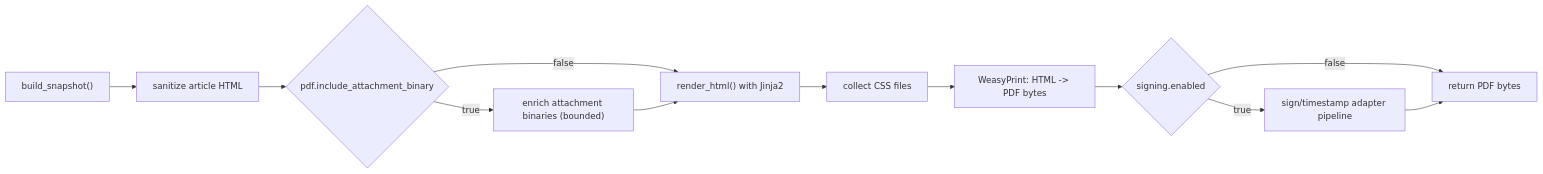
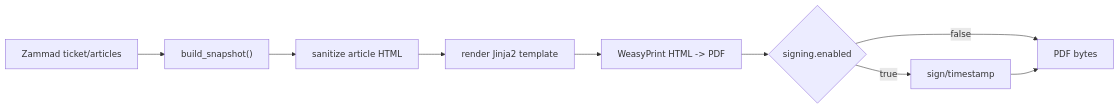
Before and after one commit to sebastianspicker/chronikwerk: the diagram in docs/05-pdf-rendering.md, drawn with Mermaid. The commit also changed other lines of this file and 256 other files, not shown here.

````diff
--- a/docs/05-pdf-rendering.md
+++ b/docs/05-pdf-rendering.md
@@ -7,14 +8,11 @@
 ```mermaid
 flowchart LR
-  A["build_snapshot()"] --> B["sanitize article HTML"]
-  B --> C{"pdf.include_attachment_binary"}
-  C -->|"false"| D["render_html() with Jinja2"]
-  C -->|"true"| E["enrich attachment binaries (bounded)"]
-  E --> D
-  D --> F["collect CSS files"]
-  F --> G["WeasyPrint: HTML -> PDF bytes"]
-  G --> H{"signing.enabled"}
-  H -->|"false"| I["return PDF bytes"]
-  H -->|"true"| J["sign/timestamp adapter pipeline"]
-  J --> I
+  A["Zammad ticket/articles"] --> B["build_snapshot()"]
+  B --> C["sanitize article HTML"]
+  C --> D["render Jinja2 template"]
+  D --> E["WeasyPrint HTML -> PDF"]
+  E --> F{"signing.enabled"}
+  F -->|"false"| G["PDF bytes"]
+  F -->|"true"| H["sign/timestamp"]
+  H --> G
 ```
````
